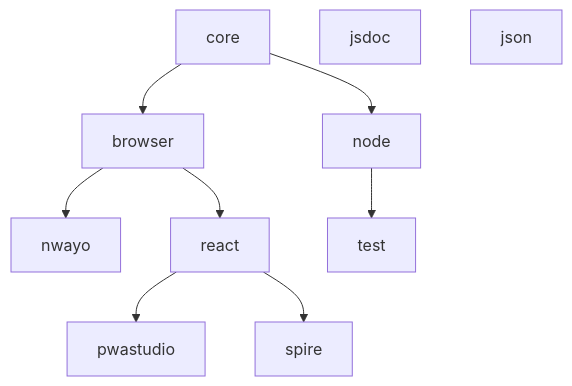
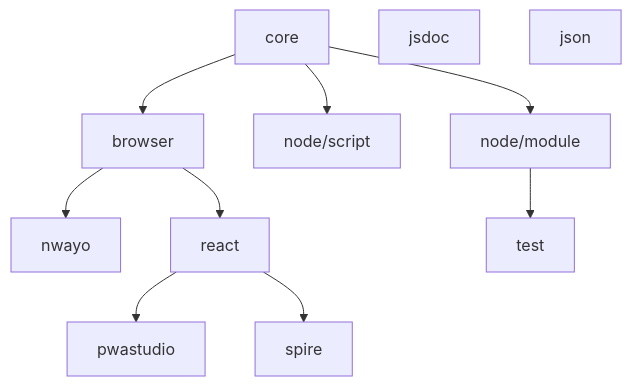
Before and after one commit to absolunet/eslint-config: the diagram in README.md, drawn with Mermaid. The commit also changed 14 other files, not shown here.

Commit message:
Expose `@absolunet/eslint-config-node/script` and `@absolunet/eslint-config-node/module`

````diff
--- a/README.md
+++ b/README.md
@@ -25,10 +25,9 @@
 ```mermaid
   graph TD;
-    core --> browser & node
+    core --> browser & node/script & node/module
       browser --> nwayo & react
         react --> pwastudio & spire
-      node --> test
+      node/module --> test
     jsdoc
-
     json
 ```
````
